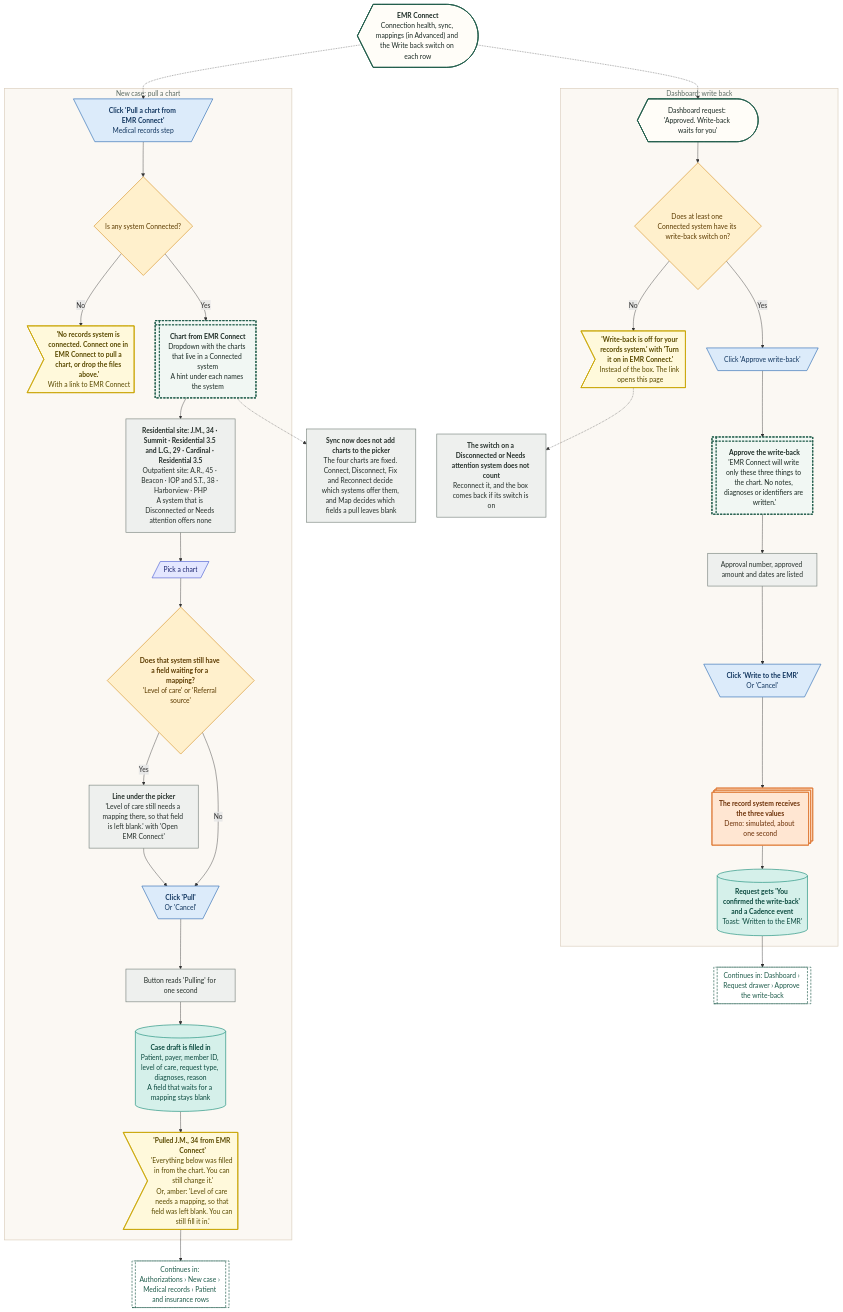
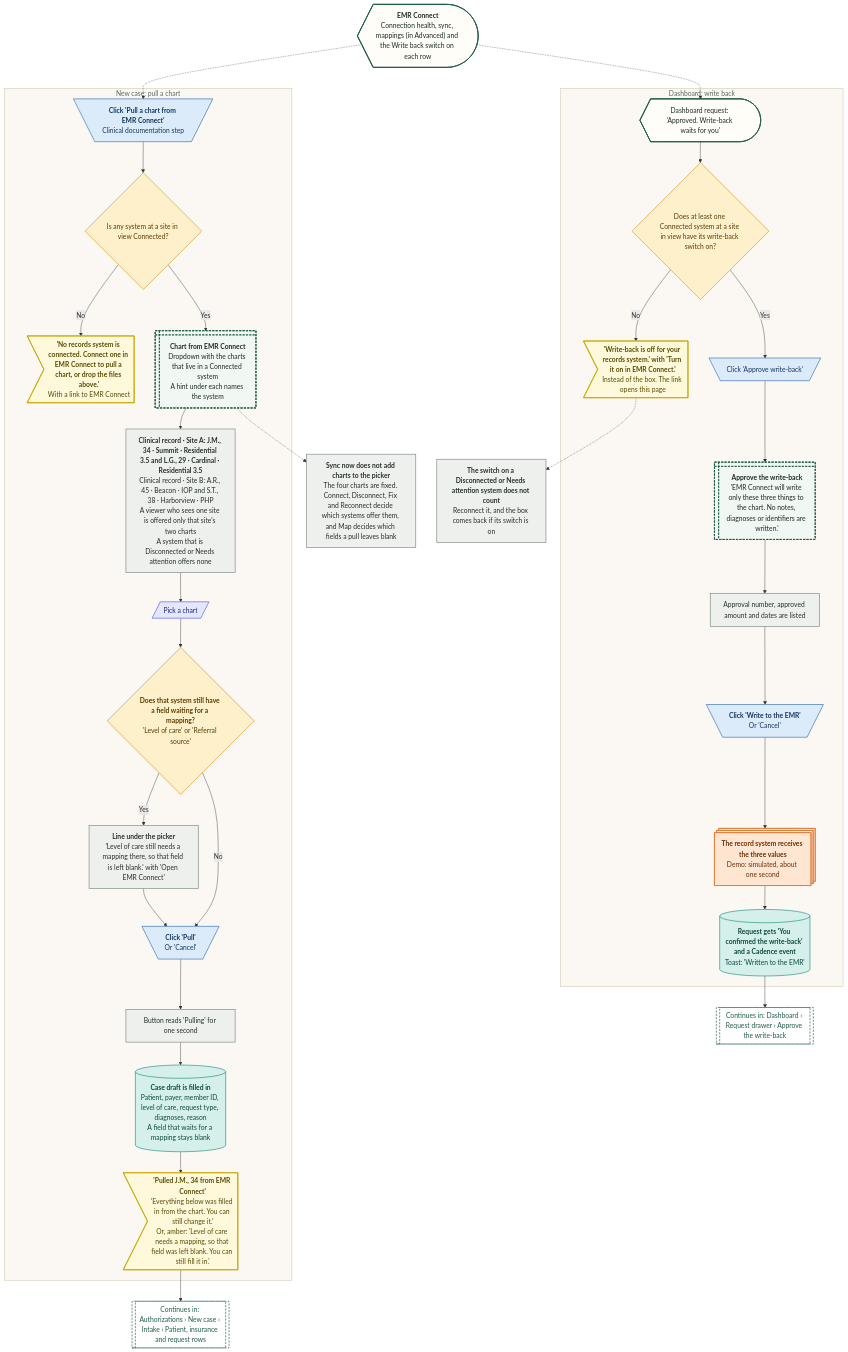
Before and after one commit to Shrav143/psyfloapp: diagram 13 of 21 in demos/prior-auth-demo/workflows/out/md/09-emr-connect.md, drawn with Mermaid. The commit also changed other lines of this file and 251 other files, not shown here.

First line of the commit message:
docs: rebuild the workflow diagrams (291) for round 4

````diff
--- a/demos/prior-auth-demo/workflows/out/md/09-emr-connect.md
+++ b/demos/prior-auth-demo/workflows/out/md/09-emr-connect.md
@@ -902,75 +985,75 @@
 ```mermaid
 %%{init: {"theme":"base","themeVariables":{"fontFamily":"'DM Sans', 'Segoe UI', system-ui, sans-serif","fontSize":"15px","lineColor":"#5B6B63","primaryTextColor":"#1C2B25","clusterBkg":"#FBF8F3","clusterBorder":"#D9CDBB","edgeLabelBackground":"#FFFFFF"},"flowchart":{"curve":"basis","nodeSpacing":36,"rankSpacing":48,"padding":12,"htmlLabels":true,"useMaxWidth":false,"wrappingWidth":230}} }%%
 flowchart TD
   classDef k_start fill:#1F5C4B,stroke:#174638,color:#FFFFFF,stroke-width:1.5px,font-weight:600
   classDef k_end fill:#DDEFE3,stroke:#2E7D4F,color:#14502F,stroke-width:1.5px,font-weight:600
   classDef k_endx fill:#FBE3E0,stroke:#C0392B,color:#7A1F16,stroke-width:1.5px,font-weight:600
   classDef k_screen fill:#FFFDF8,stroke:#1F5C4B,color:#1C2B25,stroke-width:2px
   classDef k_overlay fill:#F1F7F3,stroke:#1F5C4B,color:#1C2B25,stroke-width:2px,stroke-dasharray:5 3
   classDef k_click fill:#DCEBFA,stroke:#2F6DB5,color:#12365F,stroke-width:1.5px
   classDef k_input fill:#E4E7FF,stroke:#4C5FD5,color:#1D2670,stroke-width:1.5px
   classDef k_process fill:#EEF0EE,stroke:#7A857F,color:#26302B,stroke-width:1.5px
   classDef k_agent fill:#EEE5FA,stroke:#7A4FC2,color:#341A63,stroke-width:1.5px
   classDef k_decision fill:#FFF0CC,stroke:#D9962B,color:#5C3B00,stroke-width:1.5px
   classDef k_store fill:#D5F0EA,stroke:#1C8E7B,color:#0B4A3F,stroke-width:1.5px
   classDef k_doc fill:#F6E9DC,stroke:#B07A4C,color:#4A2E14,stroke-width:1.5px
   classDef k_ext fill:#FFE6D2,stroke:#E07B39,color:#6B2F06,stroke-width:1.5px
   classDef k_wait fill:#E4E8EE,stroke:#6B7C93,color:#26303D,stroke-width:1.5px
   classDef k_toast fill:#FFF9DB,stroke:#C9A400,color:#5A4A00,stroke-width:1.5px
   classDef k_goto fill:#FFFFFF,stroke:#1F5C4B,color:#1F5C4B,stroke-width:1.5px,stroke-dasharray:5 3
   p1@{ shape: curv-trap, label: "<b>EMR Connect</b><br/>Connection health, sync, mappings (in Advanced) and the Write back switch on each row" }
   subgraph gPull ["New case: pull a chart"]
-  a1@{ shape: trap-t, label: "<b>Click 'Pull a chart from EMR Connect'</b><br/>Medical records step" }
-  a0@{ shape: diam, label: "Is any system Connected?" }
+  a1@{ shape: trap-t, label: "<b>Click 'Pull a chart from EMR Connect'</b><br/>Clinical documentation step" }
+  a0@{ shape: diam, label: "Is any system at a site in view Connected?" }
   a8@{ shape: odd, label: "<b>'No records system is connected. Connect one in EMR Connect to pull a chart, or drop the files above.'</b><br/>With a link to EMR Connect" }
   a2@{ shape: win-pane, label: "<b>Chart from EMR Connect</b><br/>Dropdown with the charts that live in a Connected system<br/>A hint under each names the system" }
-  a2b@{ shape: rect, label: "<b>Residential site: J.M., 34 · Summit · Residential 3.5 and L.G., 29 · Cardinal · Residential 3.5</b><br/>Outpatient site: A.R., 45 · Beacon · IOP and S.T., 38 · Harborview · PHP<br/>A system that is Disconnected or Needs attention offers none" }
+  a2b@{ shape: rect, label: "<b>Clinical record · Site A: J.M., 34 · Summit · Residential 3.5 and L.G., 29 · Cardinal · Residential 3.5</b><br/>Clinical record · Site B: A.R., 45 · Beacon · IOP and S.T., 38 · Harborview · PHP<br/>A viewer who sees one site is offered only that site's two charts<br/>A system that is Disconnected or Needs attention offers none" }
   a3@{ shape: lean-r, label: "Pick a chart" }
   a9@{ shape: diam, label: "<b>Does that system still have a field waiting for a mapping?</b><br/>'Level of care' or 'Referral source'" }
   a10@{ shape: rect, label: "<b>Line under the picker</b><br/>'Level of care still needs a mapping there, so that field is left blank.' with 'Open EMR Connect'" }
   a4@{ shape: trap-t, label: "<b>Click 'Pull'</b><br/>Or 'Cancel'" }
   a5@{ shape: rect, label: "Button reads 'Pulling' for one second" }
   a6@{ shape: cyl, label: "<b>Case draft is filled in</b><br/>Patient, payer, member ID, level of care, request type, diagnoses, reason<br/>A field that waits for a mapping stays blank" }
   a7@{ shape: odd, label: "<b>'Pulled J.M., 34 from EMR Connect'</b><br/>'Everything below was filled in from the chart. You can still change it.'<br/>Or, amber: 'Level of care needs a mapping, so that field was left blank. You can still fill it in.'" }
   end
   n1@{ shape: rect, label: "<b>Sync now does not add charts to the picker</b><br/>The four charts are fixed. Connect, Disconnect, Fix and Reconnect decide which systems offer them, and Map decides which fields a pull leaves blank" }
-  g1@{ shape: subproc, label: "Continues in: Authorizations › New case › Medical records › Patient and insurance rows" }
+  g1@{ shape: subproc, label: "Continues in: Authorizations › New case › Intake › Patient, insurance and request rows" }
   subgraph gWrite ["Dashboard: write back"]
   b1@{ shape: curv-trap, label: "Dashboard request: 'Approved. Write-back waits for you'" }
-  b0@{ shape: diam, label: "Does at least one Connected system have its write-back switch on?" }
+  b0@{ shape: diam, label: "Does at least one Connected system at a site in view have its write-back switch on?" }
   b8@{ shape: odd, label: "<b>'Write-back is off for your records system.' with 'Turn it on in EMR Connect.'</b><br/>Instead of the box. The link opens this page" }
   b2@{ shape: trap-t, label: "Click 'Approve write-back'" }
   b3@{ shape: win-pane, label: "<b>Approve the write-back</b><br/>'EMR Connect will write only these three things to the chart. No notes, diagnoses or identifiers are written.'" }
   b4@{ shape: rect, label: "Approval number, approved amount and dates are listed" }
   b5@{ shape: trap-t, label: "<b>Click 'Write to the EMR'</b><br/>Or 'Cancel'" }
   b6@{ shape: st-rect, label: "<b>The record system receives the three values</b><br/>Demo: simulated, about one second" }
   b7@{ shape: cyl, label: "<b>Request gets 'You confirmed the write-back' and a Cadence event</b><br/>Toast: 'Written to the EMR'" }
   end
   n2@{ shape: rect, label: "<b>The switch on a Disconnected or Needs attention system does not count</b><br/>Reconnect it, and the box comes back if its switch is on" }
   g2@{ shape: subproc, label: "Continues in: Dashboard › Request drawer › Approve the write-back" }
   p1 -.-> a1
   a1 --> a0
   a0 -->|"No"| a8
   a0 -->|"Yes"| a2 --> a2b --> a3 --> a9
   a9 -->|"Yes"| a10 --> a4
   a9 -->|"No"| a4
   a4 --> a5 --> a6 --> a7 --> g1
   a2 -.-> n1
   p1 -.-> b1
   b1 --> b0
   b0 -->|"No"| b8
   b0 -->|"Yes"| b2 --> b3 --> b4 --> b5 --> b6 --> b7 --> g2
   b8 -.-> n2
   class p1,b1 k_screen
   class a1,a4,b2,b5 k_click
   class a0,a9,b0 k_decision
   class a8,a7,b8 k_toast
   class a2,b3 k_overlay
   class a2b,a10,a5,n1,b4,n2 k_process
   class a3 k_input
   class a6,b7 k_store
   class g1,g2 k_goto
   class b6 k_ext
   style gPull fill:#FBF8F3,stroke:#D9CDBB,stroke-width:1.5px,color:#5B6B63
   style gWrite fill:#FBF8F3,stroke:#D9CDBB,stroke-width:1.5px,color:#5B6B63
 ```
````
